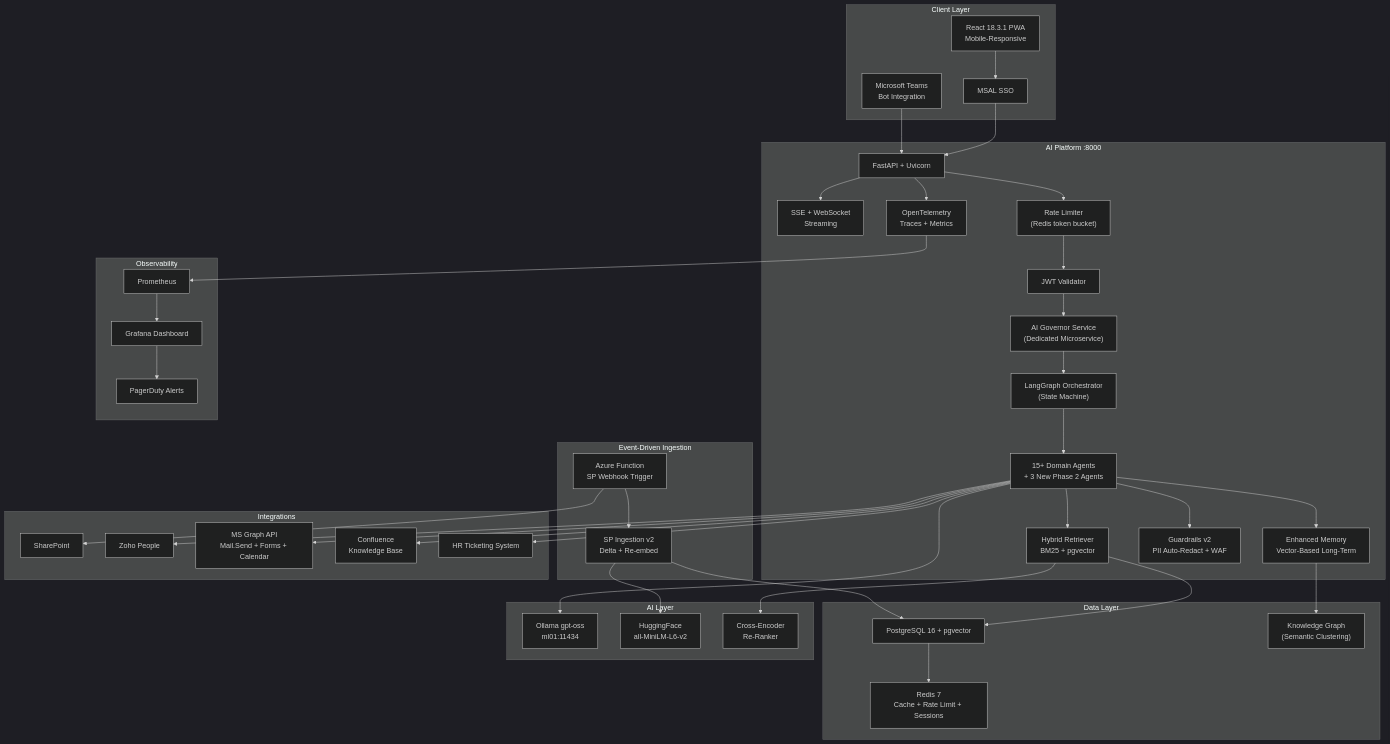
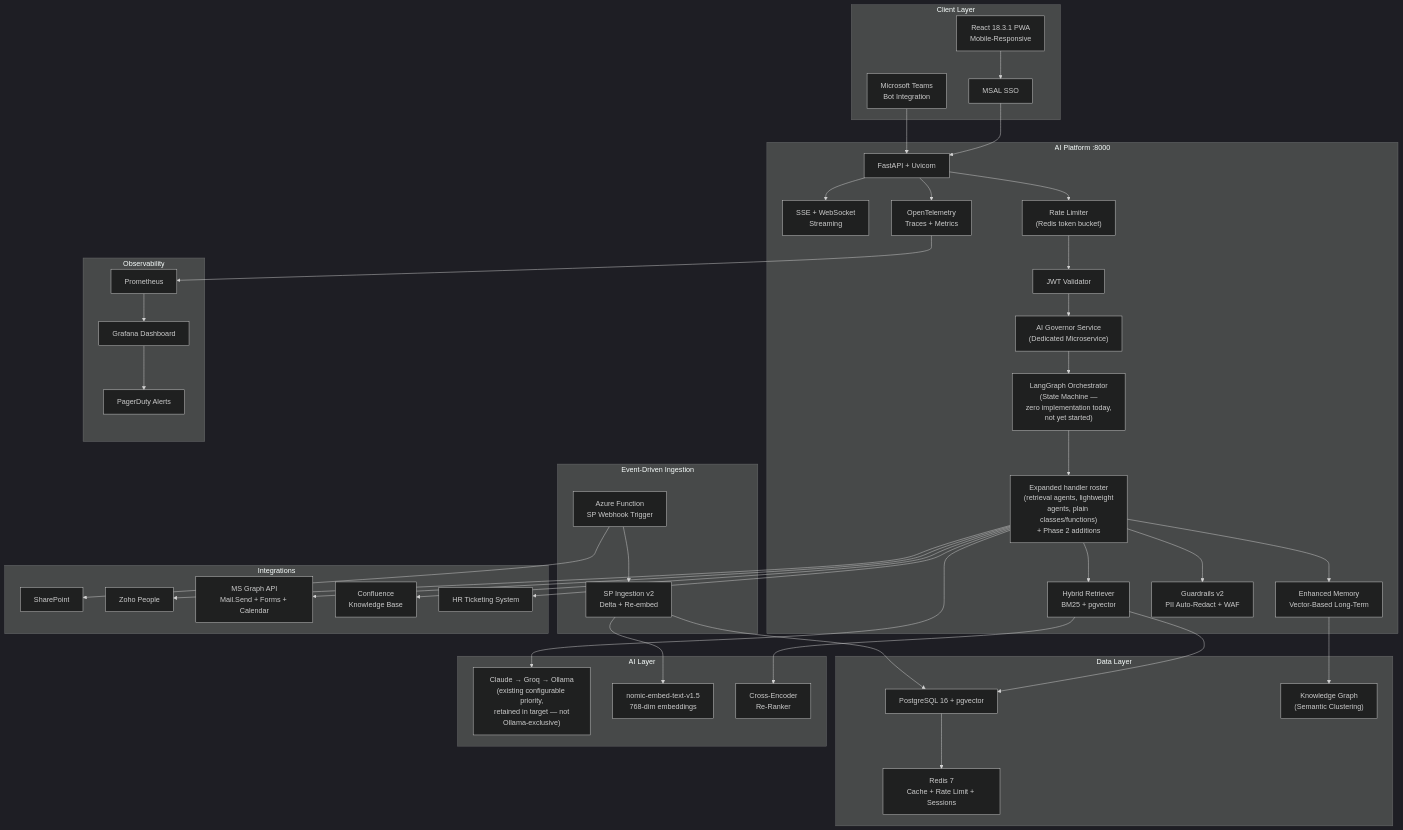
Before and after one commit to pdikondaaa/aa-hackathon: the diagram in knowledge-specs/docs/09-roadmap/target-state.md, drawn with Mermaid (dark theme). The commit also changed other lines of this file and 71 other files, not shown here.

````diff
--- a/knowledge-specs/docs/09-roadmap/target-state.md
+++ b/knowledge-specs/docs/09-roadmap/target-state.md
@@ -19,81 +33,81 @@
 ```mermaid
 graph TD
     subgraph "Client Layer"
         UI["React 18.3.1 PWA\nMobile-Responsive"]
         TEAMS["Microsoft Teams\nBot Integration"]
         MSAL["MSAL SSO"]
     end
 
     subgraph "AI Platform :8000"
         GW["FastAPI + Uvicorn"]
         AUTH["JWT Validator"]
         GOV["AI Governor Service\n(Dedicated Microservice)"]
-        LGGRAPH["LangGraph Orchestrator\n(State Machine)"]
-        AGENTS["15+ Domain Agents\n+ 3 New Phase 2 Agents"]
+        LGGRAPH["LangGraph Orchestrator\n(State Machine —\nzero implementation today,\nnot yet started)"]
+        AGENTS["Expanded handler roster\n(retrieval agents, lightweight\nagents, plain classes/functions)\n+ Phase 2 additions"]
         HYBRID["Hybrid Retriever\nBM25 + pgvector"]
         MEM["Enhanced Memory\nVector-Based Long-Term"]
         GUARD["Guardrails v2\nPII Auto-Redact + WAF"]
         STREAM["SSE + WebSocket\nStreaming"]
         RATE["Rate Limiter\n(Redis token bucket)"]
         OTEL["OpenTelemetry\nTraces + Metrics"]
     end
 
     subgraph "Data Layer"
         PG["PostgreSQL 16 + pgvector"]
         REDIS["Redis 7\nCache + Rate Limit + Sessions"]
         KG["Knowledge Graph\n(Semantic Clustering)"]
     end
 
     subgraph "AI Layer"
-        OLLAMA["Ollama gpt-oss\nml01:11434"]
-        EMBED["HuggingFace\nall-MiniLM-L6-v2"]
+        LLM["Claude → Groq → Ollama\n(existing configurable priority,\nretained in target — not\nOllama-exclusive)"]
+        EMBED["nomic-embed-text-v1.5\n768-dim embeddings"]
         RERANK["Cross-Encoder\nRe-Ranker"]
     end
 
     subgraph "Event-Driven Ingestion"
         AZF["Azure Function\nSP Webhook Trigger"]
         SPNG["SP Ingestion v2\nDelta + Re-embed"]
     end
 
     subgraph "Integrations"
         SP["SharePoint"]
         ZOHO["Zoho People"]
         GRAPH["MS Graph API\nMail.Send + Forms + Calendar"]
         CONFLUENCE["Confluence\nKnowledge Base"]
         HRTICKET["HR Ticketing System"]
     end
 
     subgraph "Observability"
         PROM["Prometheus"]
         GRAF["Grafana Dashboard"]
         ALERT["PagerDuty Alerts"]
     end
 
     UI --> MSAL --> GW
     TEAMS --> GW
     GW --> RATE
     RATE --> AUTH
     AUTH --> GOV
     GOV --> LGGRAPH
     LGGRAPH --> AGENTS
     AGENTS --> HYBRID
     HYBRID --> PG
     HYBRID --> RERANK
     AGENTS --> MEM
-    AGENTS --> OLLAMA
+    AGENTS --> LLM
     AGENTS --> GUARD
     AGENTS --> GRAPH
     AGENTS --> ZOHO
     AGENTS --> CONFLUENCE
     AGENTS --> HRTICKET
     GW --> STREAM
     AZF --> SP
     AZF --> SPNG
     SPNG --> EMBED
     SPNG --> PG
     GW --> OTEL
     OTEL --> PROM --> GRAF
     GRAF --> ALERT
     MEM --> KG
     PG --> REDIS
 ```
````
